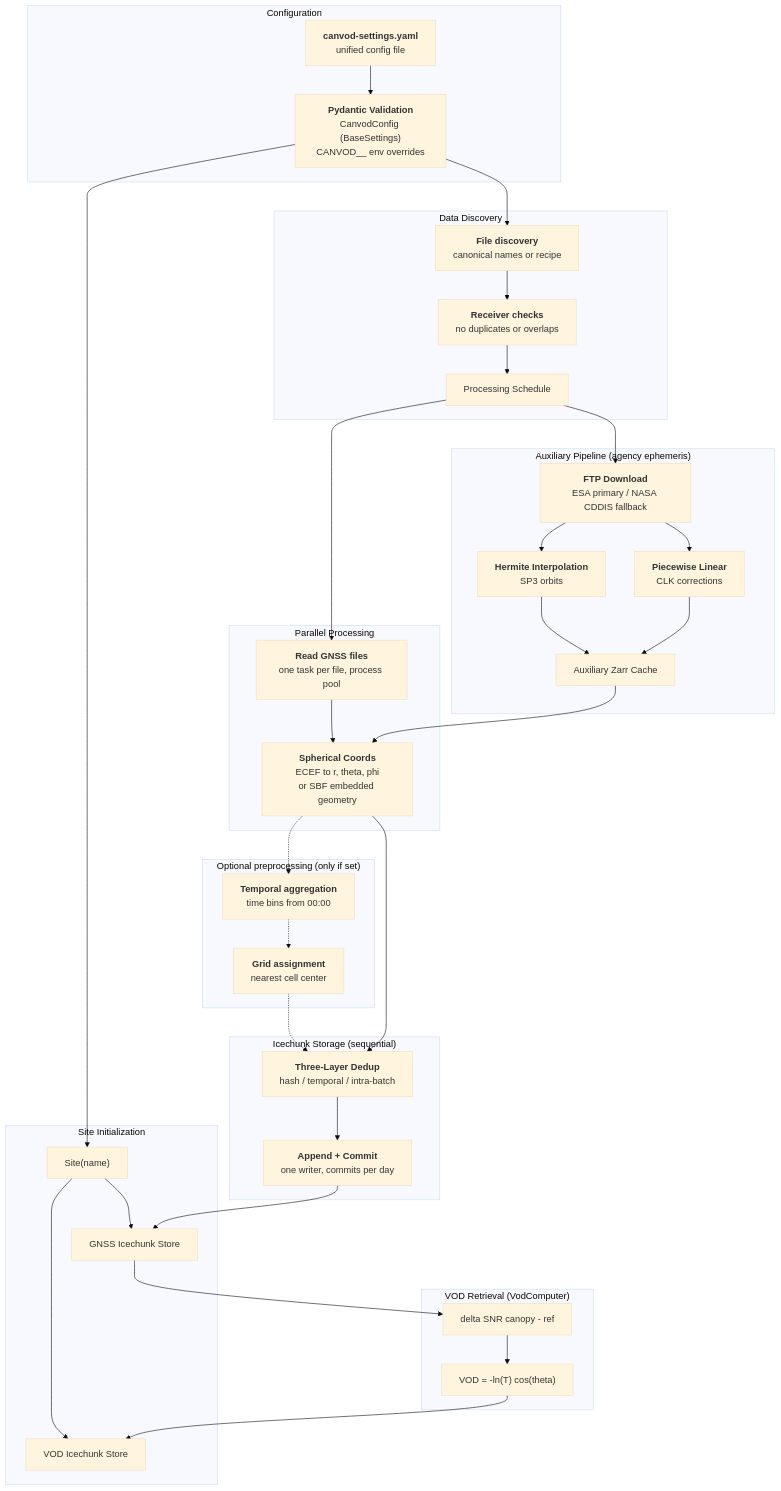
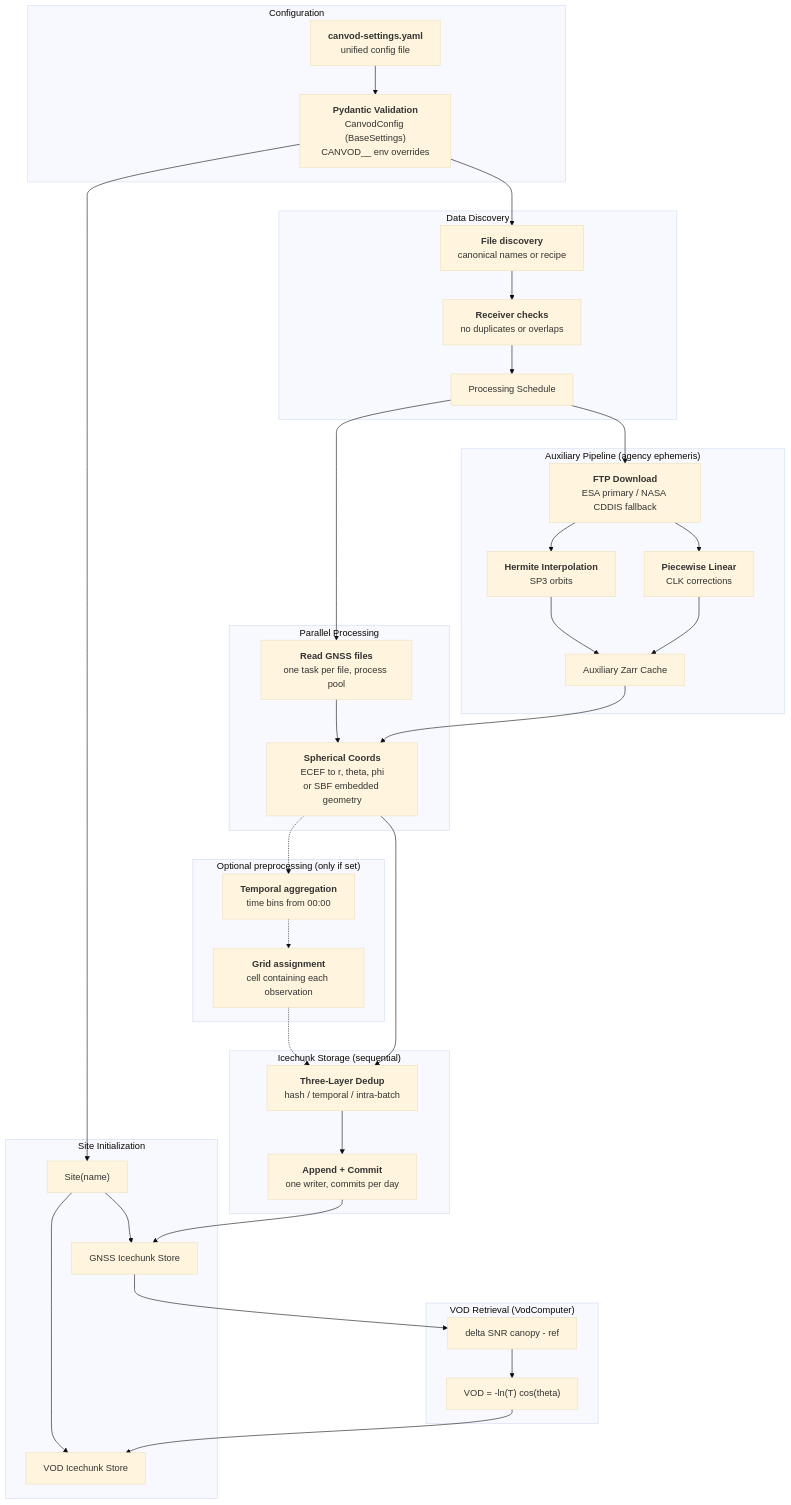
The second of 2 diagrams in docs/architecture.md (nfb2021/canvodpy), drawn with Mermaid (base theme) before and after one commit. The commit also changed other lines of this file and 16 other files, not shown here.

First line of the commit message:
fix(grids): assign each observation to the cell that contains it

````diff
--- a/docs/architecture.md
+++ b/docs/architecture.md
@@ -222,77 +222,77 @@
 ```mermaid
 flowchart TD
     subgraph CFG["Configuration"]
         YAML["`**canvod-settings.yaml**
         unified config file`"]
         PYDANTIC["`**Pydantic Validation**
         CanvodConfig (BaseSettings)
         CANVOD__ env overrides`"]
     end
 
     subgraph INIT["Site Initialization"]
         SITE["Site(name)"]
         RINEX_STORE["GNSS Icechunk Store"]
         VOD_STORE["VOD Icechunk Store"]
     end
 
     subgraph DISCOVERY["Data Discovery"]
         MAPPER["`**File discovery**
         canonical names or recipe`"]
         VALIDATOR["`**Receiver checks**
         no duplicates or overlaps`"]
         SCHEDULE["Processing Schedule"]
     end
 
     subgraph AUX["Auxiliary Pipeline (agency ephemeris)"]
         FTP["`**FTP Download**
         ESA primary / NASA CDDIS fallback`"]
         HERMITE["`**Hermite Interpolation**
         SP3 orbits`"]
         LINEAR["`**Piecewise Linear**
         CLK corrections`"]
         AUX_ZARR["Auxiliary Zarr Cache"]
     end
 
     subgraph PARALLEL["Parallel Processing"]
         READ_R["`**Read GNSS files**
         one task per file, process pool`"]
         SPHERICAL["`**Spherical Coords**
         ECEF to r, theta, phi
         or SBF embedded geometry`"]
     end
 
     subgraph WRITE["Icechunk Storage (sequential)"]
         DEDUP["`**Three-Layer Dedup**
         hash / temporal / intra-batch`"]
         APPEND["`**Append + Commit**
         one writer, commits per day`"]
     end
 
     subgraph PREP["Optional preprocessing (only if set)"]
         AGG["`**Temporal aggregation**
         time bins from 00:00`"]
         KDTREE["`**Grid assignment**
-        nearest cell center`"]
+        cell containing each observation`"]
     end
 
     subgraph VOD["VOD Retrieval (VodComputer)"]
         DELTA["delta SNR canopy - ref"]
         TAU["VOD = -ln(T) cos(theta)"]
     end
 
     YAML --> PYDANTIC --> SITE
     SITE --> RINEX_STORE & VOD_STORE
 
     PYDANTIC --> MAPPER --> VALIDATOR --> SCHEDULE
 
     SCHEDULE --> FTP --> HERMITE & LINEAR --> AUX_ZARR
 
     SCHEDULE --> READ_R --> SPHERICAL
     AUX_ZARR --> SPHERICAL
 
     SPHERICAL -.-> AGG -.-> KDTREE -.-> DEDUP
     SPHERICAL --> DEDUP --> APPEND --> RINEX_STORE
 
     RINEX_STORE --> DELTA --> TAU
     TAU --> VOD_STORE
 ```
````
